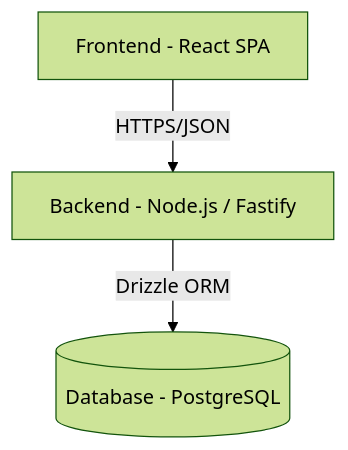
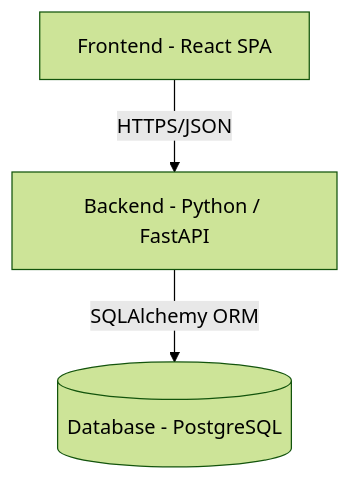
Before and after one commit to ljezek/tul-psi: the diagram in README.md, drawn with Mermaid (forest theme). The commit also changed other lines of this file and 2 other files, not shown here.

First line of the commit message:
Update SPEC, README and DESIGN to reflect Python/FastAPI backend and new requirements

````diff
--- a/README.md
+++ b/README.md
@@ -20,9 +21,9 @@
 ```mermaid
 flowchart TD
   UI[Frontend - React SPA]
-  API[Backend - Node.js / Fastify]
+  API[Backend - Python / FastAPI]
   DB[(Database - PostgreSQL)]
 
   UI -- HTTPS/JSON --> API
-  API -- Drizzle ORM --> DB
+  API -- SQLAlchemy ORM --> DB
 ```
````
